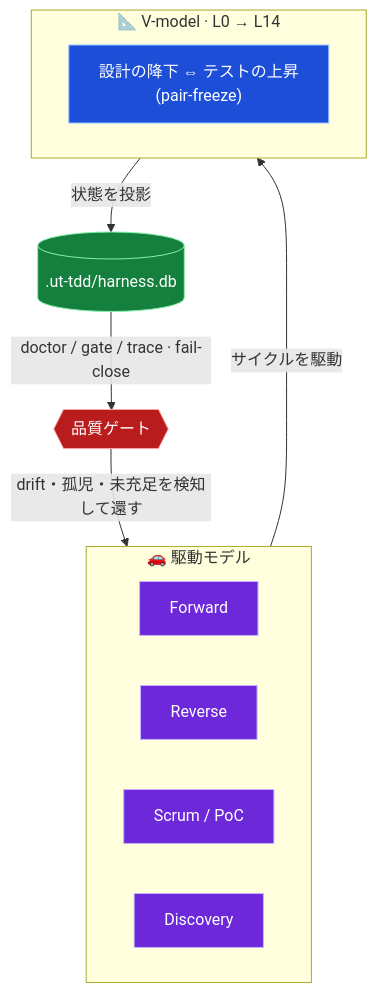
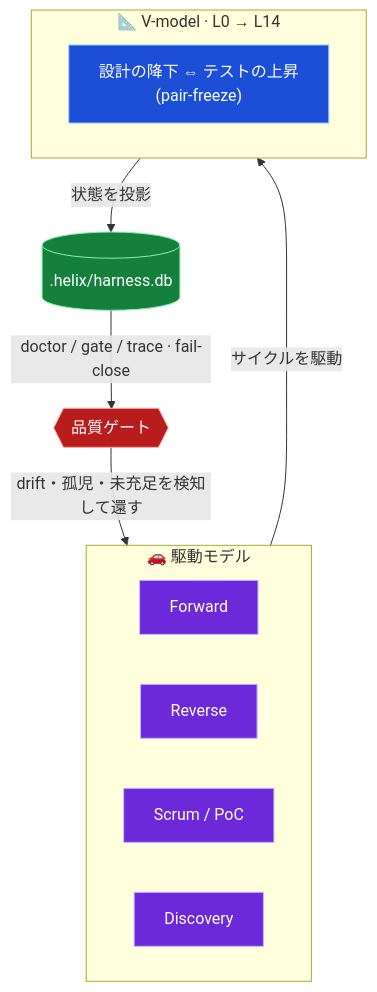
The second of 4 diagrams in README.md (RetryYN/HELIX-HARNESS), drawn with Mermaid before and after one commit. The commit also changed other lines of this file and 1043 other files, not shown here.

````diff
--- a/README.md
+++ b/README.md
@@ -133,26 +133,26 @@
 ```mermaid
 flowchart TB
     subgraph DRIVE["🚗 駆動モデル"]
         direction LR
         F["Forward"]
         RV["Reverse"]
         SC["Scrum / PoC"]
         DS["Discovery"]
     end
     subgraph VM["📐 V-model · L0 → L14"]
         L["設計の降下 ⇔ テストの上昇<br/>(pair-freeze)"]
     end
     DRIVE -->|サイクルを駆動| VM
-    VM -->|状態を投影| DB[(".ut-tdd/harness.db")]
+    VM -->|状態を投影| DB[(".helix/harness.db")]
     DB -->|"doctor / gate / trace · fail-close"| Q{{"品質ゲート"}}
     Q -->|"drift・孤児・未充足を検知して還す"| DRIVE
 
     classDef drive fill:#6d28d9,stroke:#c4b5fd,color:#fff;
     classDef vmodel fill:#1d4ed8,stroke:#93c5fd,color:#fff;
     classDef db fill:#15803d,stroke:#86efac,color:#fff;
     classDef gate fill:#b91c1c,stroke:#fca5a5,color:#fff;
     class F,RV,SC,DS drive;
     class L vmodel;
     class DB db;
     class Q gate;
 ```
````
